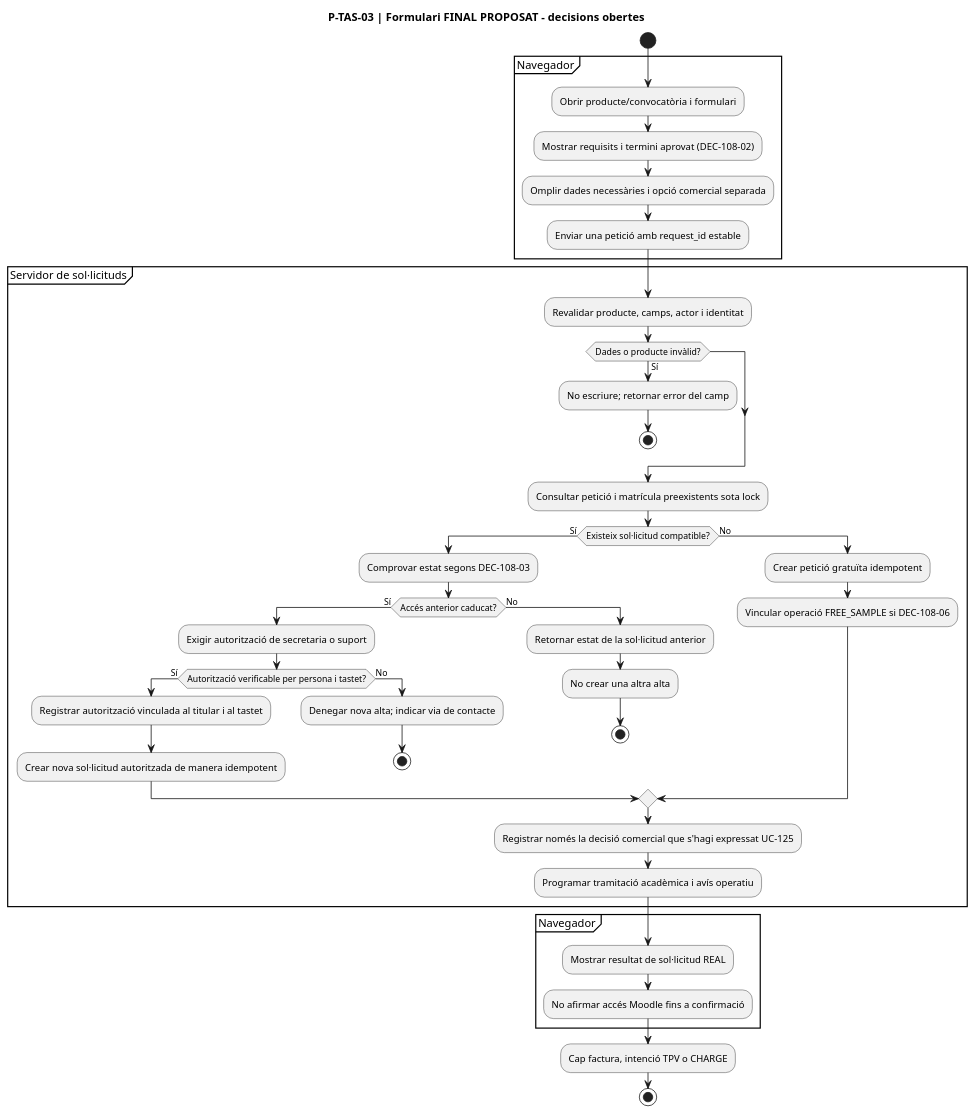
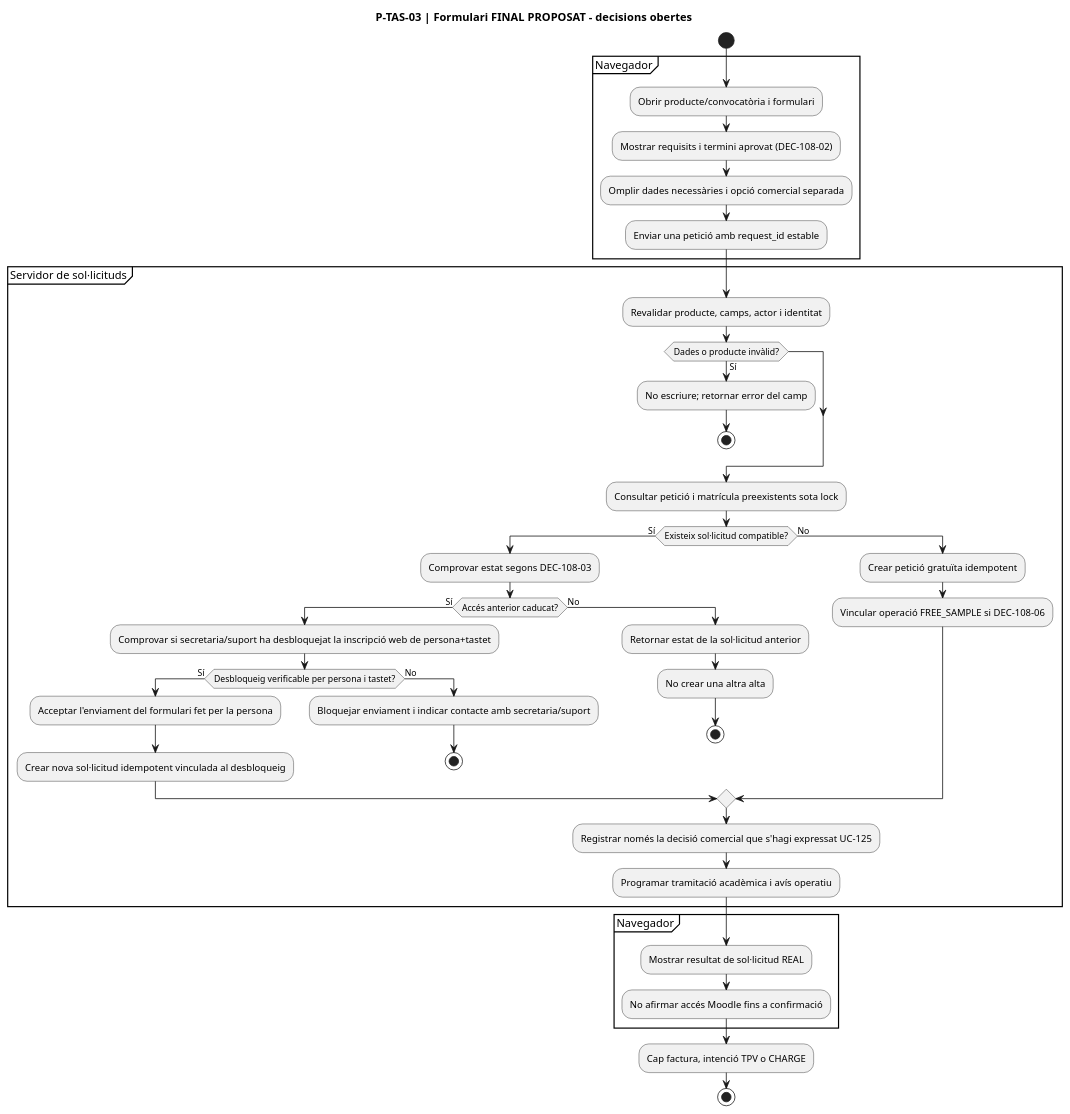
One commit to orgmeriemprismacat-del/verifactu changed diagram 16 of 32 in documentacio/07-uml-integrat/uc-108-activitats-pagines-tastets-actual-final.md. Above: the diagram before and after it, drawn with PlantUML. The commit also changed other lines of this file, not shown here.

Commit message:
docs: agree UC-108 secretary/support unlocks web re-enrollment; participant submits form

````diff
--- a/documentacio/07-uml-integrat/uc-108-activitats-pagines-tastets-actual-final.md
+++ b/documentacio/07-uml-integrat/uc-108-activitats-pagines-tastets-actual-final.md
@@ -367,48 +367,48 @@
 ```plantuml
 @startuml
 title P-TAS-03 | Formulari FINAL PROPOSAT - decisions obertes
 start
 partition "Navegador" {
   :Obrir producte/convocatòria i formulari;
   :Mostrar requisits i termini aprovat (DEC-108-02);
   :Omplir dades necessàries i opció comercial separada;
   :Enviar una petició amb request_id estable;
 }
 partition "Servidor de sol·licituds" {
   :Revalidar producte, camps, actor i identitat;
   if (Dades o producte invàlid?) then (Sí)
     :No escriure; retornar error del camp;
     stop
   endif
   :Consultar petició i matrícula preexistents sota lock;
   if (Existeix sol·licitud compatible?) then (Sí)
     :Comprovar estat segons DEC-108-03;
     if (Accés anterior caducat?) then (Sí)
-      :Exigir autorització de secretaria o suport;
-      if (Autorització verificable per persona i tastet?) then (Sí)
-        :Registrar autorització vinculada al titular i al tastet;
-        :Crear nova sol·licitud autoritzada de manera idempotent;
+      :Comprovar si secretaria/suport ha desbloquejat la inscripció web de persona+tastet;
+      if (Desbloqueig verificable per persona i tastet?) then (Sí)
+        :Acceptar l'enviament del formulari fet per la persona;
+        :Crear nova sol·licitud idempotent vinculada al desbloqueig;
       else (No)
-        :Denegar nova alta; indicar via de contacte;
+        :Bloquejar enviament i indicar contacte amb secretaria/suport;
         stop
       endif
     else (No)
       :Retornar estat de la sol·licitud anterior;
       :No crear una altra alta;
       stop
     endif
   else (No)
     :Crear petició gratuïta idempotent;
     :Vincular operació FREE_SAMPLE si DEC-108-06;
   endif
   :Registrar només la decisió comercial que s'hagi expressat UC-125;
   :Programar tramitació acadèmica i avís operatiu;
 }
 partition "Navegador" {
   :Mostrar resultat de sol·licitud REAL;
   :No afirmar accés Moodle fins a confirmació;
 }
 :Cap factura, intenció TPV o CHARGE;
 stop
 @enduml
 ```
````
